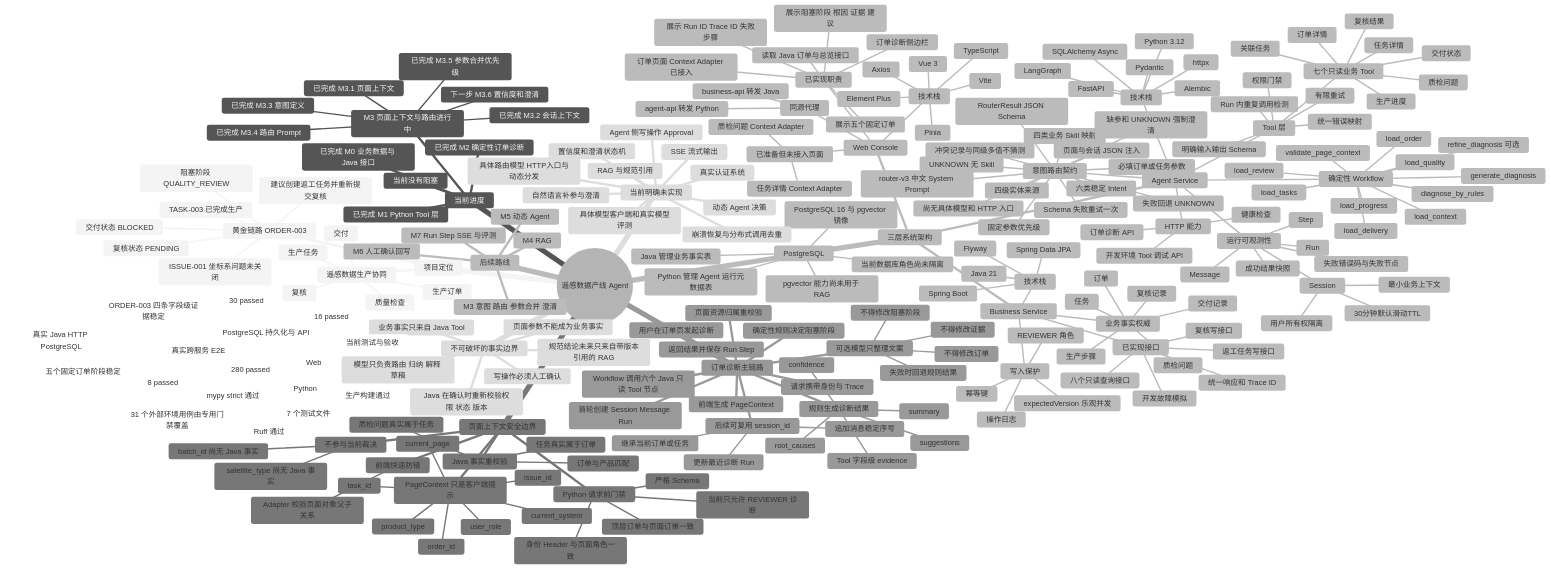
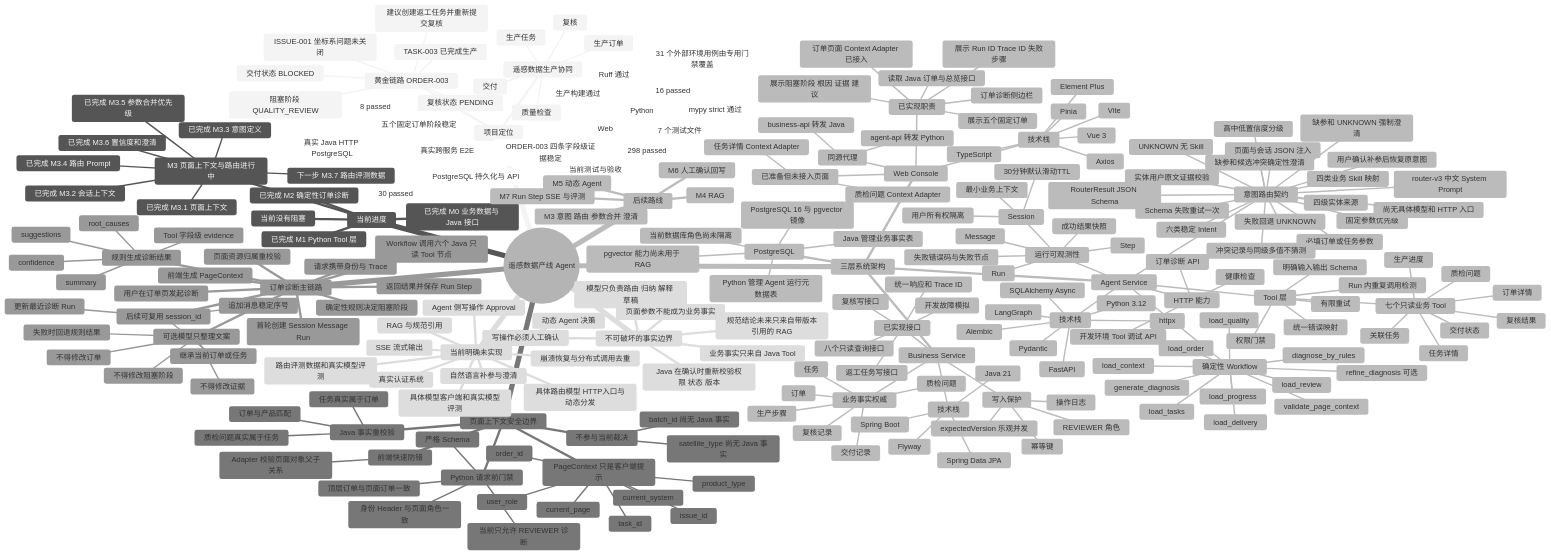
The diagram in docs/current-system-mindmap.md (GaoZWei/productline-agent), drawn with Mermaid (neutral theme) before and after one commit. The commit also changed other lines of this file and 16 other files, not shown here.

```diff
--- a/docs/current-system-mindmap.md
+++ b/docs/current-system-mindmap.md
@@ -32,7 +32,8 @@
         已完成 M3.3 意图定义
         已完成 M3.4 路由 Prompt
         已完成 M3.5 参数合并优先级
-        下一步 M3.6 置信度和澄清
+        已完成 M3.6 置信度和澄清
+        下一步 M3.7 路由评测数据
       当前没有阻塞
     三层系统架构
       Web Console
@@ -83,6 +84,10 @@
           四级实体来源
           固定参数优先级
           冲突记录与同级多值不猜测
+          实体用户原文证据校验
+          高中低置信度分级
+          缺参和候选冲突确定性澄清
+          用户确认补参后恢复原意图
           尚无具体模型和 HTTP 入口
         Tool 层
           七个只读业务 Tool
@@ -206,7 +211,7 @@
       Java 在确认时重新校验权限 状态 版本
     当前测试与验收
       Python
-        280 passed
+        298 passed
         31 个外部环境用例由专用门禁覆盖
         Ruff 通过
         mypy strict 通过
@@ -224,7 +229,7 @@
     当前明确未实现
       具体路由模型 HTTP入口与动态分发
       自然语言补参与澄清
-      置信度和澄清状态机
+      路由评测数据和真实模型评测
       RAG 与规范引用
       动态 Agent 决策
       Agent 侧写操作 Approval
```
